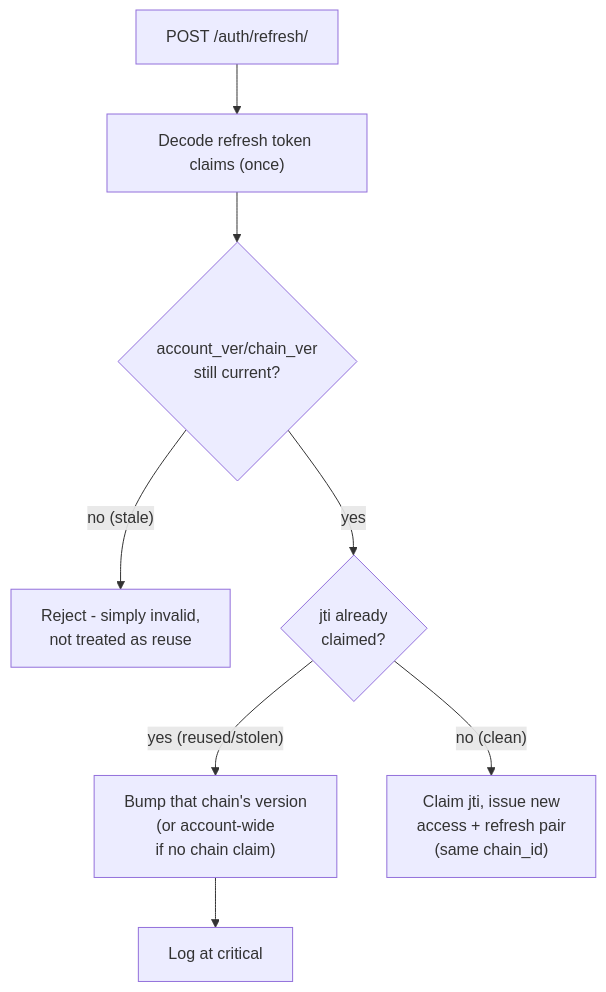
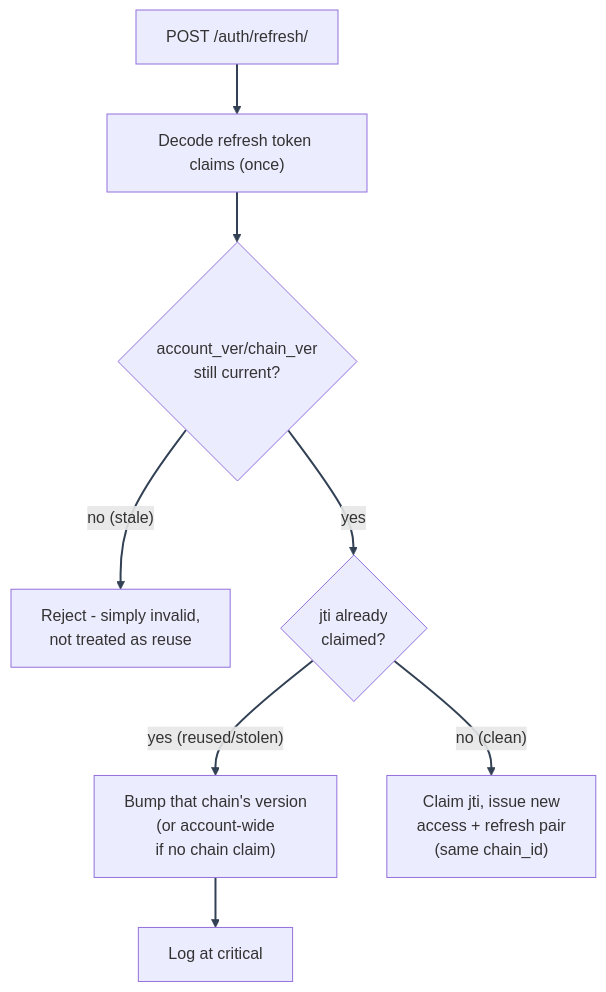
The diagram in docs/mystic_auth/authentication/overview.md (Nachiket-2024/mystic-auth), drawn with Mermaid before and after one commit. The commit also changed other lines of this file and 630 other files, not shown here.

````diff
--- a/docs/mystic_auth/authentication/overview.md
+++ b/docs/mystic_auth/authentication/overview.md
@@ -41,10 +42,12 @@
 ```mermaid
+%%{init: {"themeVariables": {"lineColor": "#334155"}} }%%
 flowchart TD
     A["POST /auth/refresh/"] --> B["Decode refresh token claims (once)"]
-    B --> C{"account_ver/chain_ver<br/>still current?"}
-    C -- "no (stale)" --> S["Reject - simply invalid,<br/>not treated as reuse"]
-    C -- "yes" --> D{"jti already<br/>claimed?"}
-    D -- "yes (reused/stolen)" --> E["Bump that chain's version<br/>(or account-wide<br/>if no chain claim)"]
+    B --> C{"account_ver/chain_ver<br/> still current?"}
+    C -- "no (stale)" --> S["Reject - simply invalid,<br/> not treated as reuse"]
+    C -- "yes" --> D{"jti already<br/> claimed?"}
+    D -- "yes (reused/stolen)" --> E["Bump that chain's version<br/> (or account-wide<br/> if no chain claim)"]
     E --> F["Log at critical"]
-    D -- "no (clean)" --> G["Claim jti, issue new<br/>access + refresh pair<br/>(same chain_id)"]
+    D -- "no (clean)" --> G["Claim jti, issue new<br/> access + refresh pair<br/> (same chain_id)"]
+    linkStyle default stroke:#334155,stroke-width:2px
 ```
````
